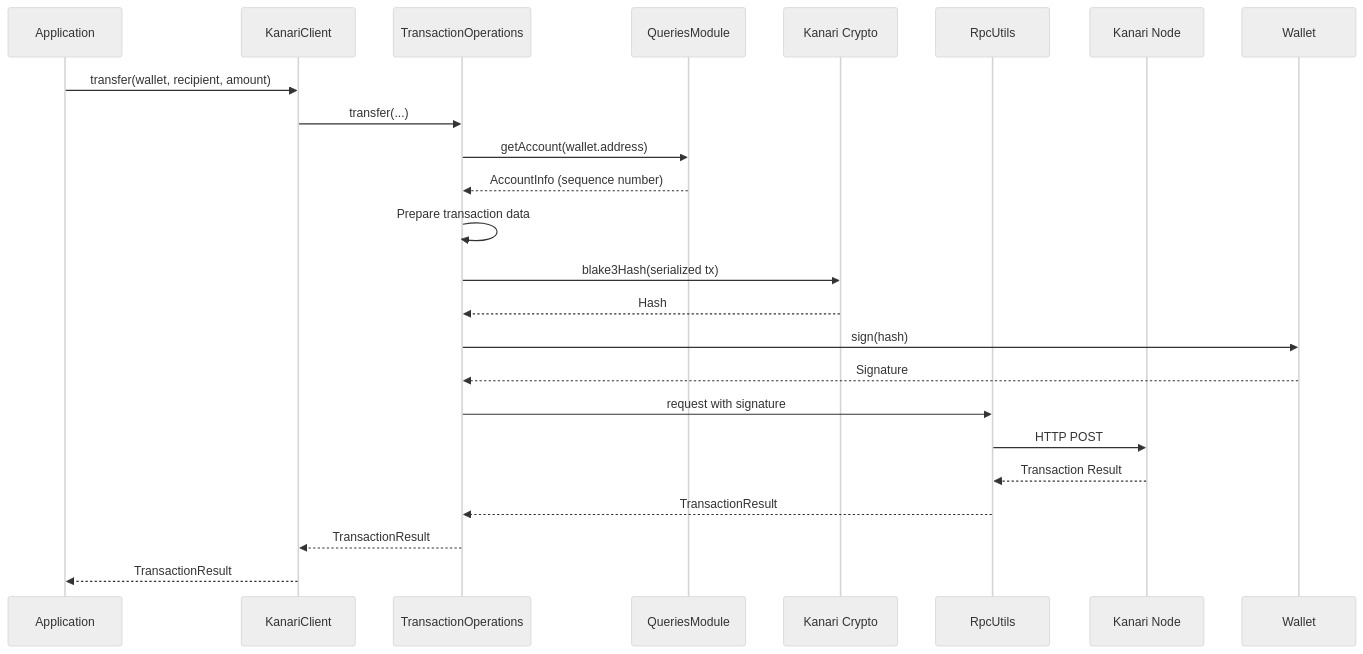
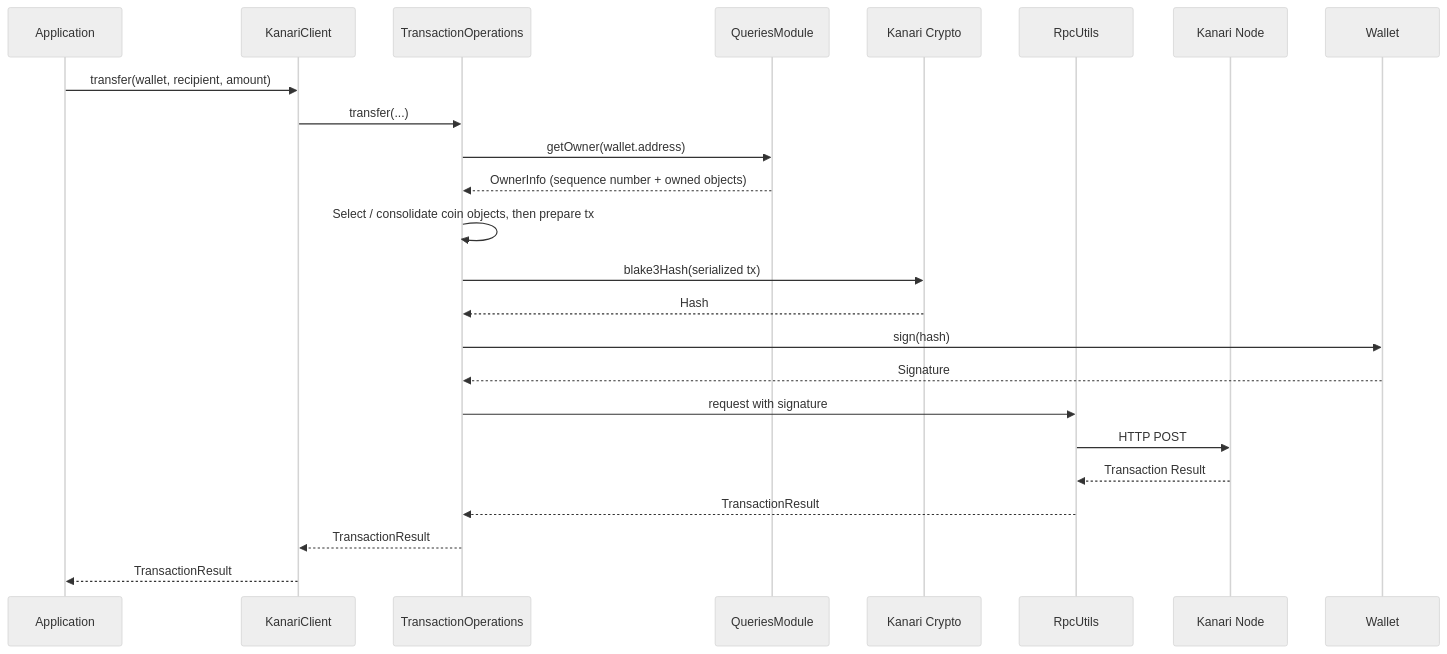
Before and after one commit to kanari-network/kanari-sdk: the third of 5 diagrams in sdk/kanari_pay/lib/src/ARCHITECTURE_DIAGRAM.md, drawn with Mermaid (neutral theme). The commit also changed other lines of this file and 38 other files, not shown here.

First line of the commit message:
Refactor Kanari SDK to support object-centric transfers and owner-centric queries

````diff
--- a/sdk/kanari_pay/lib/src/ARCHITECTURE_DIAGRAM.md
+++ b/sdk/kanari_pay/lib/src/ARCHITECTURE_DIAGRAM.md
@@ -93,28 +93,28 @@
 ```mermaid
 sequenceDiagram
     participant App as Application
     participant Client as KanariClient
     participant TxOps as TransactionOperations
     participant Queries as QueriesModule
     participant Crypto as Kanari Crypto
     participant RPC as RpcUtils
     participant Node as Kanari Node
 
     App->>Client: transfer(wallet, recipient, amount)
     Client->>TxOps: transfer(...)
-    TxOps->>Queries: getAccount(wallet.address)
-    Queries-->>TxOps: AccountInfo (sequence number)
+    TxOps->>Queries: getOwner(wallet.address)
+    Queries-->>TxOps: OwnerInfo (sequence number + owned objects)
     
-    TxOps->>TxOps: Prepare transaction data
+    TxOps->>TxOps: Select / consolidate coin objects, then prepare tx
     TxOps->>Crypto: blake3Hash(serialized tx)
     Crypto-->>TxOps: Hash
     TxOps->>Wallet: sign(hash)
     Wallet-->>TxOps: Signature
     
     TxOps->>RPC: request with signature
     RPC->>Node: HTTP POST
     Node-->>RPC: Transaction Result
     RPC-->>TxOps: TransactionResult
     TxOps-->>Client: TransactionResult
     Client-->>App: TransactionResult
 ```
````
